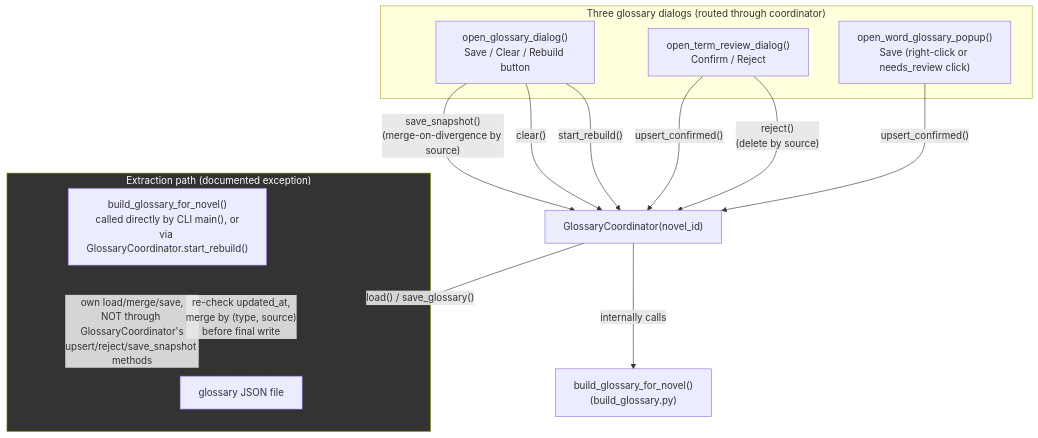
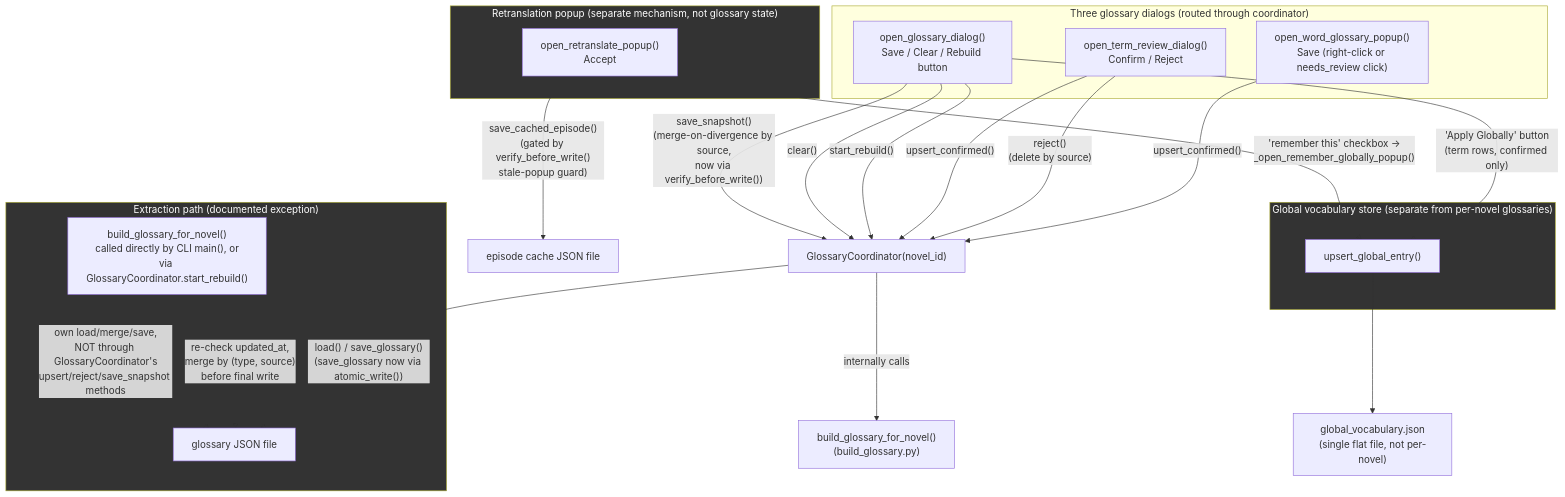
The second of 2 diagrams in pyplayground/webnovels/GLOSSARY_ARCHITECTURE.md (fischerdr/pyplayground), drawn with Mermaid before and after one commit. The commit also changed other lines of this file and 3 other files, not shown here.

````diff
--- a/pyplayground/webnovels/GLOSSARY_ARCHITECTURE.md
+++ b/pyplayground/webnovels/GLOSSARY_ARCHITECTURE.md
@@ -560,29 +741,45 @@
 ```mermaid
 flowchart TD
     subgraph Dialogs["Three glossary dialogs (routed through coordinator)"]
         A["open_glossary_dialog()\nSave / Clear / Rebuild button"]
         B["open_term_review_dialog()\nConfirm / Reject"]
         C["open_word_glossary_popup()\nSave (right-click or needs_review click)"]
     end
 
     GC["GlossaryCoordinator(novel_id)"]
 
-    A -->|"save_snapshot()\n(merge-on-divergence by source)"| GC
+    A -->|"save_snapshot()\n(merge-on-divergence by source,\nnow via verify_before_write())"| GC
     A -->|"clear()"| GC
     A -->|"start_rebuild()"| GC
     B -->|"upsert_confirmed()"| GC
     B -->|"reject()\n(delete by source)"| GC
     C -->|"upsert_confirmed()"| GC
 
     GC -->|"internally calls"| BG["build_glossary_for_novel()\n(build_glossary.py)"]
 
     subgraph Extraction["Extraction path (documented exception)"]
         BG2["build_glossary_for_novel()\ncalled directly by CLI main(), or\nvia GlossaryCoordinator.start_rebuild()"]
         BG2 -->|"own load/merge/save,\nNOT through GlossaryCoordinator's\nupsert/reject/save_snapshot methods"| GLOSSARY_FILE["glossary JSON file"]
         BG2 -->|"re-check updated_at,\nmerge by (type, source)\nbefore final write"| GLOSSARY_FILE
     end
 
-    GC -->|"load() / save_glossary()"| GLOSSARY_FILE["glossary JSON file"]
+    GC -->|"load() / save_glossary()\n(save_glossary now via atomic_write())"| GLOSSARY_FILE["glossary JSON file"]
+
+    subgraph Retranslation["Retranslation popup (separate mechanism, not glossary state)"]
+        RT["open_retranslate_popup()\nAccept"]
+    end
+
+    RT -->|"save_cached_episode()\n(gated by verify_before_write()\nstale-popup guard)"| EPISODE_CACHE["episode cache JSON file"]
+    RT -->|"'remember this' checkbox ->\n_open_remember_globally_popup()"| GV_WRITE
+
+    subgraph GlobalVocab["Global vocabulary store (separate from per-novel glossaries)"]
+        GV_WRITE["upsert_global_entry()"]
+    end
+
+    A -->|"'Apply Globally' button\n(term rows, confirmed only)"| GV_WRITE
+    GV_WRITE --> GV_FILE["global_vocabulary.json\n(single flat file, not per-novel)"]
 
     style Extraction fill:#333,color:#fff
+    style Retranslation fill:#333,color:#fff
+    style GlobalVocab fill:#333,color:#fff
 ```
````
